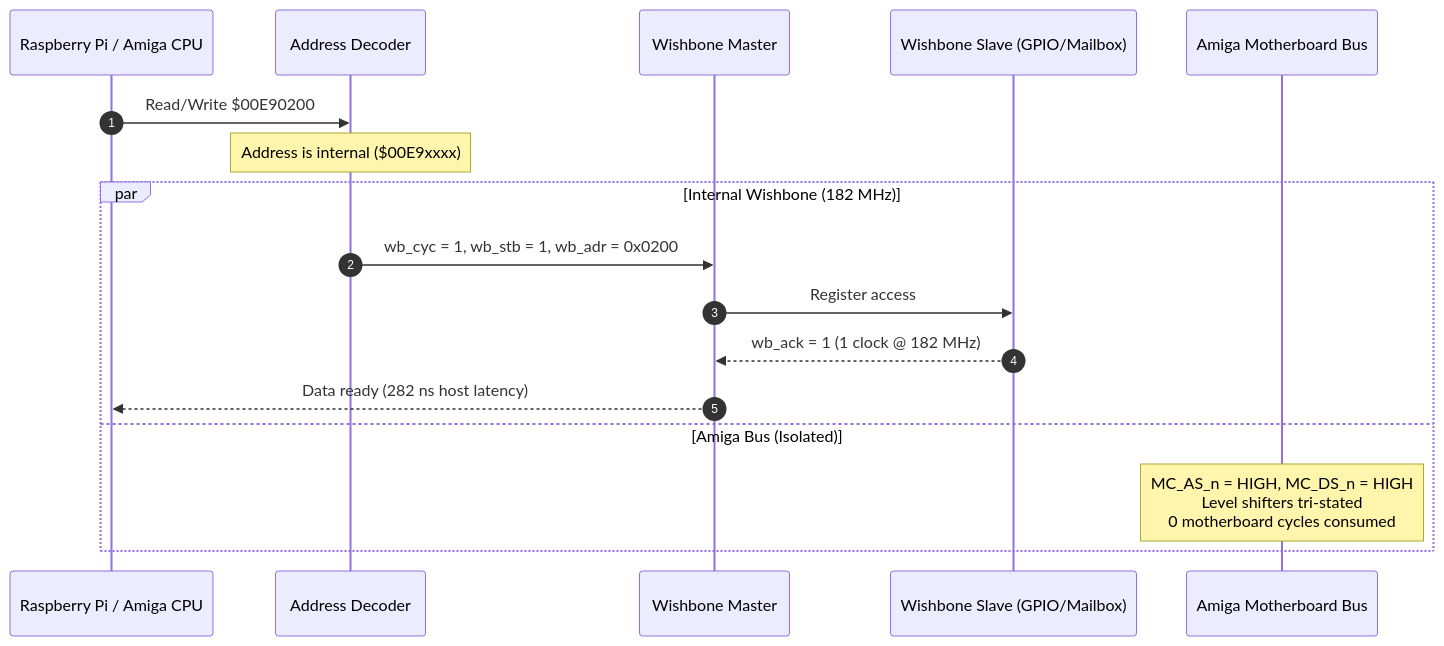
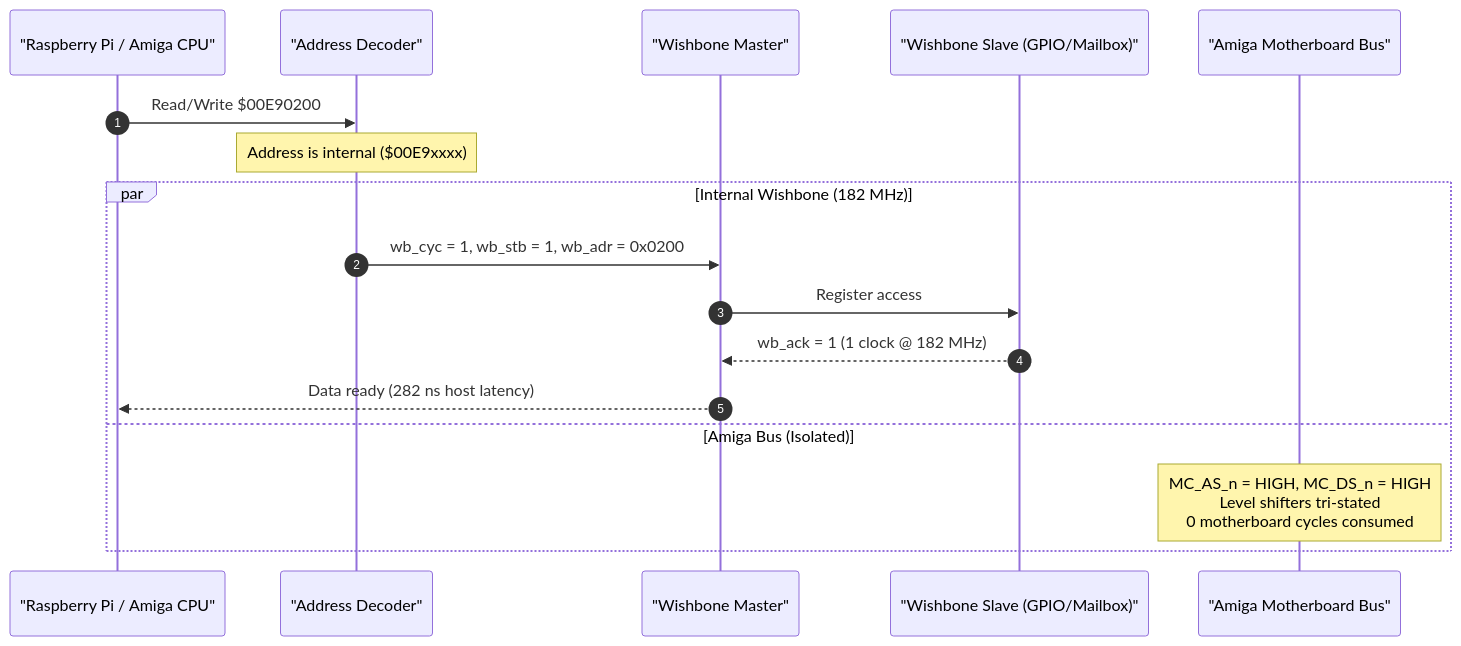
Before and after one commit to PiStorm/pistorm32-lite-gateware: the fifth of 5 diagrams in DOCS/HOW_IT_WORKS.md, drawn with Mermaid. The commit also changed other lines of this file and 1 other file, not shown here.

Commit message:
docs: fix Mermaid syntax errors (quote aliases, remove semicolons and raw arrows in notes)

````diff
--- a/DOCS/HOW_IT_WORKS.md
+++ b/DOCS/HOW_IT_WORKS.md
@@ -208,21 +208,21 @@
 ```mermaid
 sequenceDiagram
     autonumber
-    participant Pi as Raspberry Pi / Amiga CPU
-    participant Dec as Address Decoder
-    participant WB as Wishbone Master
-    participant Slave as Wishbone Slave (GPIO/Mailbox)
-    participant Amiga as Amiga Motherboard Bus
+    participant Pi as "Raspberry Pi / Amiga CPU"
+    participant Dec as "Address Decoder"
+    participant WB as "Wishbone Master"
+    participant Slave as "Wishbone Slave (GPIO/Mailbox)"
+    participant Amiga as "Amiga Motherboard Bus"
 
     Pi->>Dec: Read/Write $00E90200
     Note over Dec: Address is internal ($00E9xxxx)
     
     par Internal Wishbone (182 MHz)
         Dec->>WB: wb_cyc = 1, wb_stb = 1, wb_adr = 0x0200
         WB->>Slave: Register access
         Slave-->>WB: wb_ack = 1 (1 clock @ 182 MHz)
         WB-->>Pi: Data ready (282 ns host latency)
     and Amiga Bus (Isolated)
         Note over Amiga: MC_AS_n = HIGH, MC_DS_n = HIGH<br/>Level shifters tri-stated<br/>0 motherboard cycles consumed
     end
 ```
````
